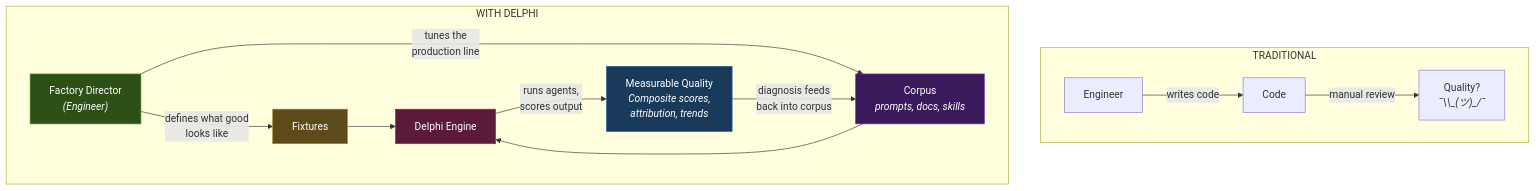
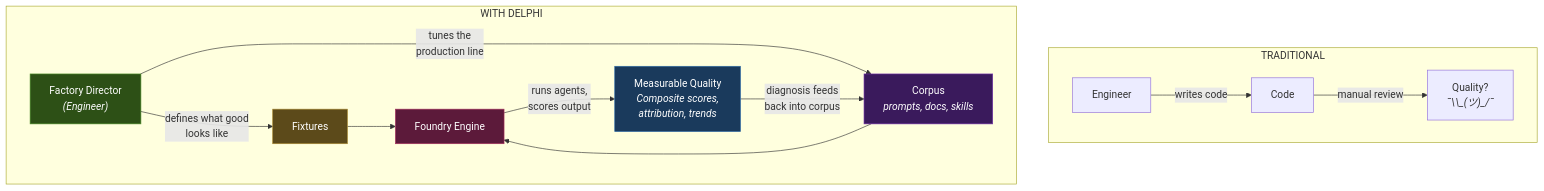
One commit to inixiative/foundry changed diagram 11 of 11 in PROPOSAL.md. Above: the diagram before and after it, drawn with Mermaid. The commit also changed other lines of this file, not shown here.

First line of the commit message:
Rename project from Delphi to Foundry

````diff
--- a/PROPOSAL.md
+++ b/PROPOSAL.md
@@ -410,24 +410,24 @@
 ```mermaid
 graph TB
     subgraph "TRADITIONAL"
         ENG1["Engineer"] -->|"writes code"| CODE1["Code"]
         CODE1 -->|"manual review"| QUAL1["Quality?<br/><i>¯\\_(ツ)_/¯</i>"]
     end
 
     subgraph "WITH DELPHI"
         DIR["Factory Director<br/><i>(Engineer)</i>"]
         DIR -->|"defines what good<br/>looks like"| FIXTURE["Fixtures"]
         DIR -->|"tunes the<br/>production line"| CORPUS["Corpus<br/><i>prompts, docs, skills</i>"]
 
-        FIXTURE --> ENGINE["Delphi Engine"]
+        FIXTURE --> ENGINE["Foundry Engine"]
         CORPUS --> ENGINE
         ENGINE -->|"runs agents,<br/>scores output"| METRICS["Measurable Quality<br/><i>Composite scores,<br/>attribution, trends</i>"]
         METRICS -->|"diagnosis feeds<br/>back into corpus"| CORPUS
     end
 
     style DIR fill:#2d5016,stroke:#4a8c28,color:#fff
     style ENGINE fill:#5c1a3a,stroke:#a62e5c,color:#fff
     style METRICS fill:#1a3a5c,stroke:#2e6ba6,color:#fff
     style FIXTURE fill:#5c4a1a,stroke:#a6862e,color:#fff
     style CORPUS fill:#3a1a5c,stroke:#6e2ea6,color:#fff
 ```
````
